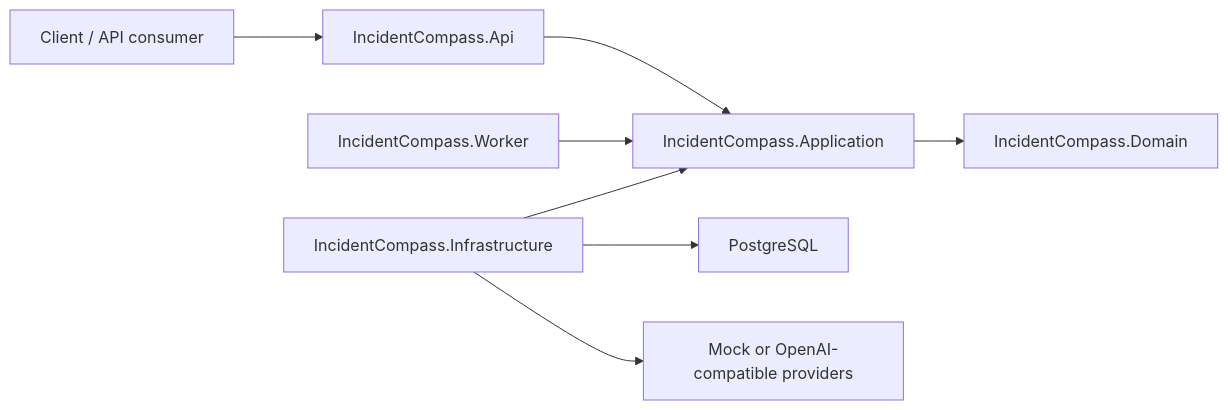
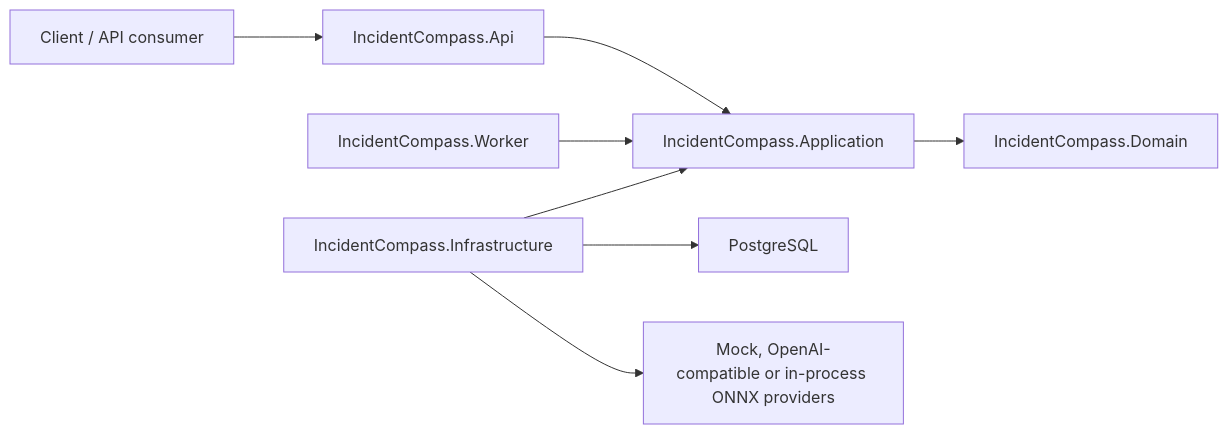
One commit to ilagutin/IncidentCompass changed the first of 2 diagrams in docs/architecture.md. Above: the diagram before and after it, drawn with Mermaid. The commit also changed other lines of this file and 25 other files, not shown here.

````diff
--- a/docs/architecture.md
+++ b/docs/architecture.md
@@ -7,10 +7,10 @@
 ```mermaid
 flowchart LR
     Client["Client / API consumer"] --> Api["IncidentCompass.Api"]
     Api --> Application["IncidentCompass.Application"]
     Worker["IncidentCompass.Worker"] --> Application
     Application --> Domain["IncidentCompass.Domain"]
     Infrastructure["IncidentCompass.Infrastructure"] --> Application
     Infrastructure --> Postgres["PostgreSQL"]
-    Infrastructure --> Providers["Mock or OpenAI-compatible providers"]
+    Infrastructure --> Providers["Mock, OpenAI-compatible or in-process ONNX providers"]
 ```
````
